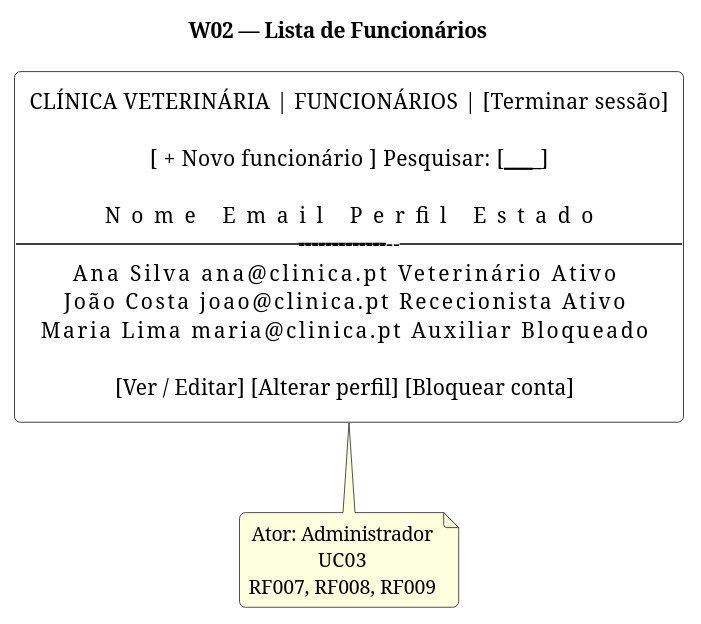
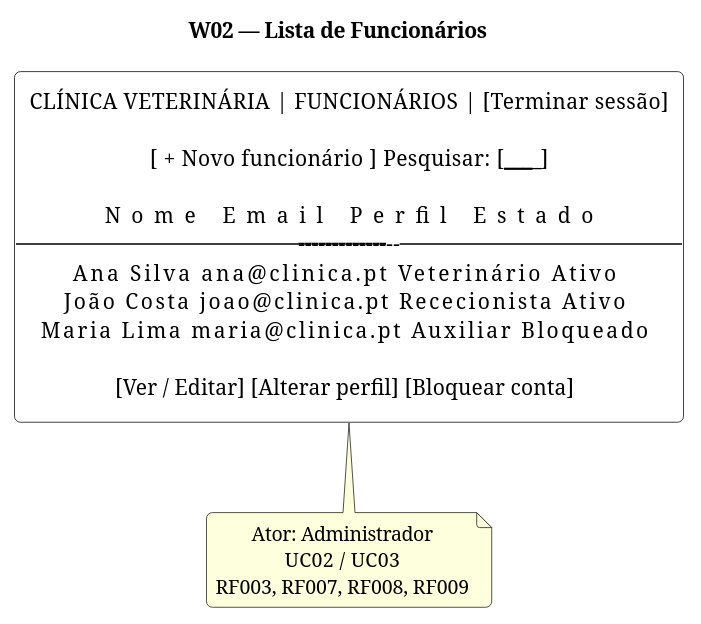
Before and after one commit to LEI-LDS-2026-2027-G08/LEI-Grupo-de-LDS-UTPORTO: the third of 20 diagrams in 04-artefactos-tecnicos/04.10-prototipos-de-interfaces/m3-prototipo-baixa-fidelidade-v02.md, drawn with PlantUML. The commit also changed other lines of this file, not shown here.

````diff
--- a/04-artefactos-tecnicos/04.10-prototipos-de-interfaces/m3-prototipo-baixa-fidelidade-v02.md
+++ b/04-artefactos-tecnicos/04.10-prototipos-de-interfaces/m3-prototipo-baixa-fidelidade-v02.md
@@ -172,22 +172,22 @@
 ```plantuml {kroki=true}
 @startuml
 skinparam shadowing false
 skinparam roundcorner 8
 skinparam defaultTextAlignment center
 skinparam rectangle {
   BackgroundColor white
   BorderColor black
   FontColor black
 }
 
 title W02 — Lista de Funcionários
 
 rectangle "CLÍNICA VETERINÁRIA   |   FUNCIONÁRIOS   |   [Terminar sessão]\n\n[ + Novo funcionário ]     Pesquisar: [________________]\n\nNome              Email                    Perfil             Estado\n-----------------------------------------------------------------------\nAna Silva         ana@clinica.pt           Veterinário        Ativo\nJoão Costa        joao@clinica.pt          Rececionista       Ativo\nMaria Lima        maria@clinica.pt         Auxiliar           Bloqueado\n\n[Ver / Editar]   [Alterar perfil]   [Bloquear conta]" as SCREEN
 
 note bottom of SCREEN
 Ator: Administrador
-UC03
-RF007, RF008, RF009
+UC02 / UC03
+RF003, RF007, RF008, RF009
 end note
 @enduml
 ```
````
